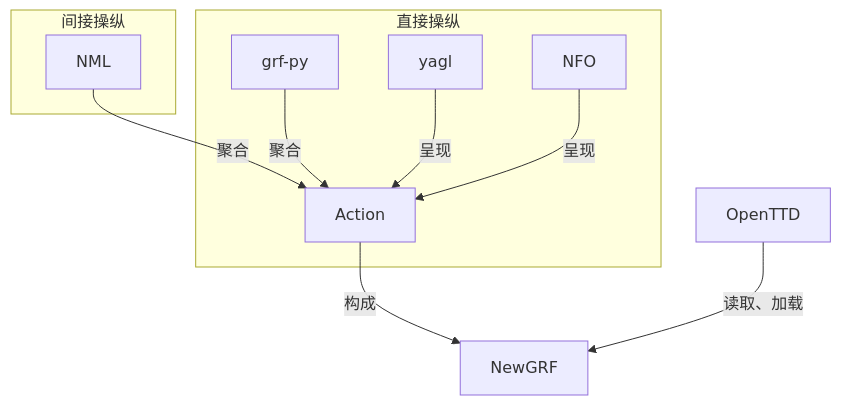
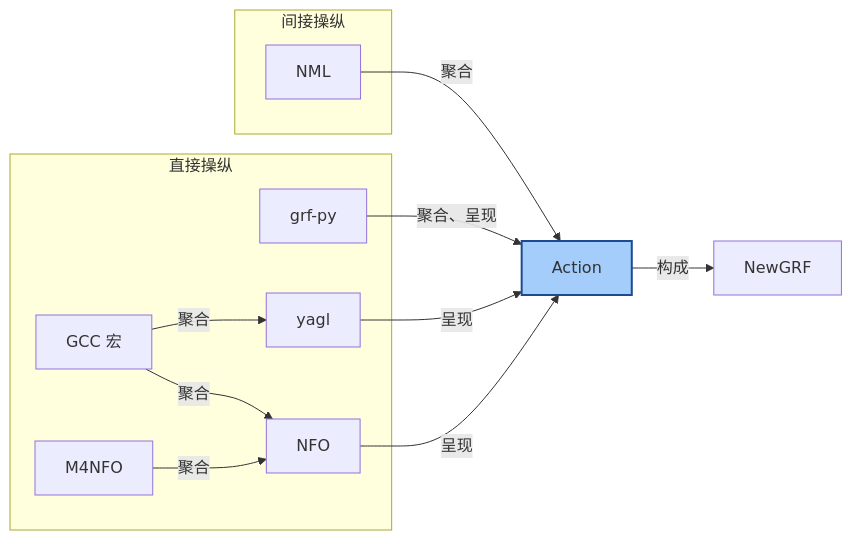
The diagram in docs/newgrf/actions_introduction.md (OpenTTD-China-Set/OpenTTD-documents), drawn with Mermaid before and after one commit. The commit also changed 1 other file, not shown here.

Commit message:
Update code flowchart

````diff
--- a/docs/newgrf/actions_introduction.md
+++ b/docs/newgrf/actions_introduction.md
@@ -14,14 +14,22 @@
 ```{mermaid}
-flowchart TD
+flowchart LR
   subgraph 间接操纵
   NML
   end
   NML -->|聚合|Action
   Action -->|构成|NewGRF
   subgraph 直接操纵
-  grf-py -->|聚合|Action
+  grf-py
+  NFO
+  yagl
+  M4NFO
+  GCC[GCC 宏] -->|聚合|NFO
+  GCC[GCC 宏] -->|聚合|yagl
+  end
+  grf-py -->|"聚合、呈现"|Action
   yagl -->|呈现|Action
   NFO -->|呈现|Action
-  end
-  OpenTTD -->|"读取、加载"|NewGRF
+  M4NFO -->|聚合|NFO
+
+  style Action fill:#a4cdfc, Stroke:#1b4c91, stroke-width: 2px
 ```
````
